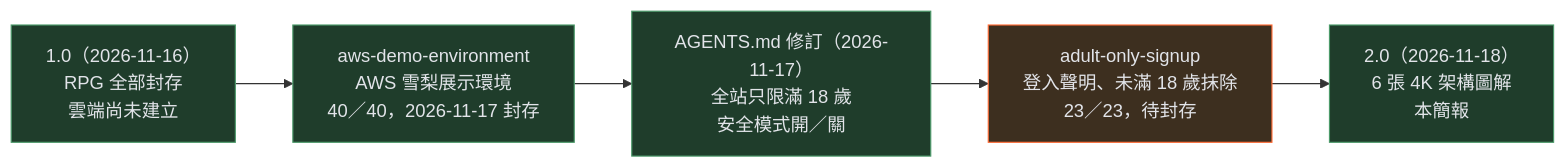
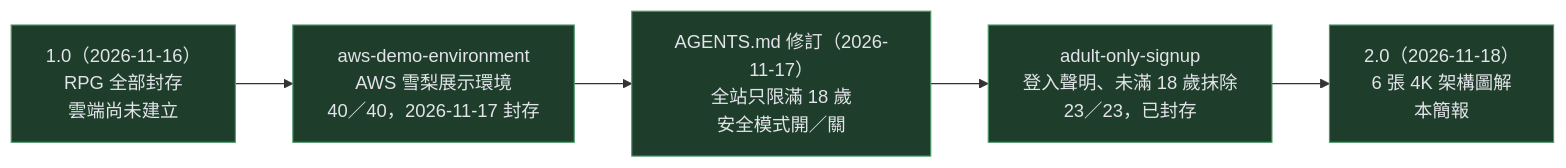
The first of 18 diagrams in docs/2.0簡報.md (pp466pp466/R.A.C), drawn with Mermaid before and after one commit. The commit also changed other lines of this file and 7 other files, not shown here.

First line of the commit message:
簡報與圖解：admin-unlimited-coins 待封存、adult-only-signup 已封存、數字更新，新增 2.1簡報.pptx

````diff
--- a/docs/2.0簡報.md
+++ b/docs/2.0簡報.md
@@ -45,9 +45,9 @@
 ```mermaid
 flowchart LR
     A["1.0（2026-11-16）<br/>RPG 全部封存<br/>雲端尚未建立"]:::done --> B["aws-demo-environment<br/>AWS 雪梨展示環境<br/>40／40，2026-11-17 封存"]:::done
     B --> C["AGENTS.md 修訂（2026-11-17）<br/>全站只限滿 18 歲<br/>安全模式開／關"]:::done
-    C --> D["adult-only-signup<br/>登入聲明、未滿 18 歲抹除<br/>23／23，待封存"]:::active
+    C --> D["adult-only-signup<br/>登入聲明、未滿 18 歲抹除<br/>23／23，已封存"]:::done
     D --> E["2.0（2026-11-18）<br/>6 張 4K 架構圖解<br/>本簡報"]:::done
     classDef done fill:#1f3d2b,stroke:#4c9a6a,color:#e2e4e9
     classDef active fill:#3d2f1f,stroke:#ff6b35,color:#e2e4e9
 ```
````
